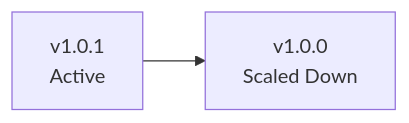
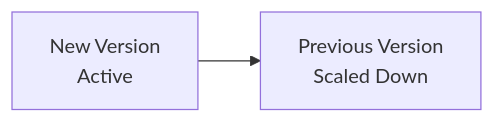
Before and after one commit to ahmed-sayed-devops/microservices-platform-gitops: diagram 17 of 40 in README.md, drawn with Mermaid. The commit also changed other lines of this file and 13 other files, not shown here.

Commit message:
docs: update progressive delivery and platform architecture

````diff
--- a/README.md
+++ b/README.md
@@ -807,7 +781,8 @@
 ```mermaid
 graph LR
-    NEW["v1.0.1<br/>Active"]
-    OLD["v1.0.0<br/>Scaled Down"]
+
+    NEW["New Version<br/>Active"]
+    OLD["Previous Version<br/>Scaled Down"]
 
     NEW --> OLD
 ```
````
